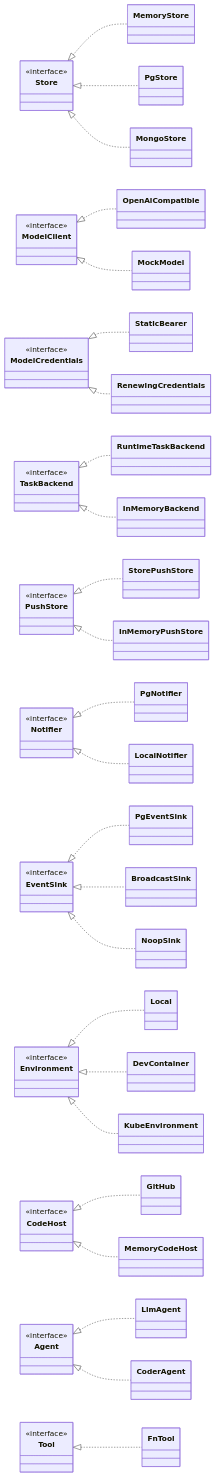
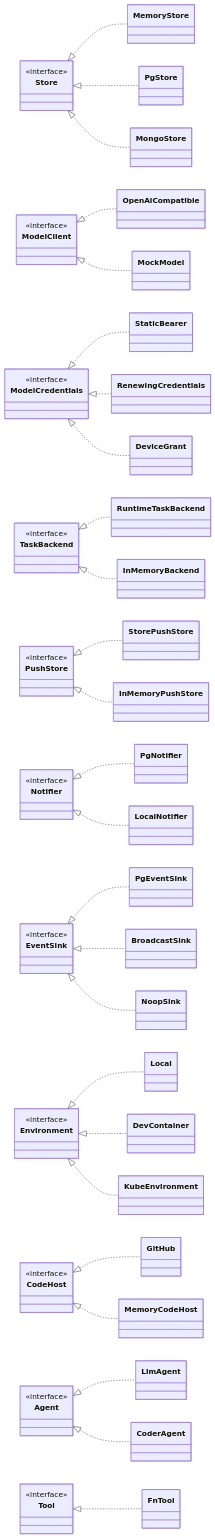
The second of 26 diagrams in docs/architecture.md (vymalo/another-adam-rs), drawn with Mermaid before and after one commit. The commit also changed other lines of this file and 16 other files, not shown here.

First line of the commit message:
feat(model): sign in with the OAuth 2.0 device grant and renew the token (adam-model-oauth)

````diff
--- a/docs/architecture.md
+++ b/docs/architecture.md
@@ -155,39 +157,40 @@
 ```mermaid
 classDiagram
     direction LR
     class Store { <<interface>> }
     Store <|.. MemoryStore
     Store <|.. PgStore
     Store <|.. MongoStore
     class ModelClient { <<interface>> }
     ModelClient <|.. OpenAiCompatible
     ModelClient <|.. MockModel
     class ModelCredentials { <<interface>> }
     ModelCredentials <|.. StaticBearer
     ModelCredentials <|.. RenewingCredentials
+    ModelCredentials <|.. DeviceGrant
     class TaskBackend { <<interface>> }
     TaskBackend <|.. RuntimeTaskBackend
     TaskBackend <|.. InMemoryBackend
     class PushStore { <<interface>> }
     PushStore <|.. StorePushStore
     PushStore <|.. InMemoryPushStore
     class Notifier { <<interface>> }
     Notifier <|.. PgNotifier
     Notifier <|.. LocalNotifier
     class EventSink { <<interface>> }
     EventSink <|.. PgEventSink
     EventSink <|.. BroadcastSink
     EventSink <|.. NoopSink
     class Environment { <<interface>> }
     Environment <|.. Local
     Environment <|.. DevContainer
     Environment <|.. KubeEnvironment
     class CodeHost { <<interface>> }
     CodeHost <|.. GitHub
     CodeHost <|.. MemoryCodeHost
     class Agent { <<interface>> }
     Agent <|.. LlmAgent
     Agent <|.. CoderAgent
     class Tool { <<interface>> }
     Tool <|.. FnTool
 ```
````
